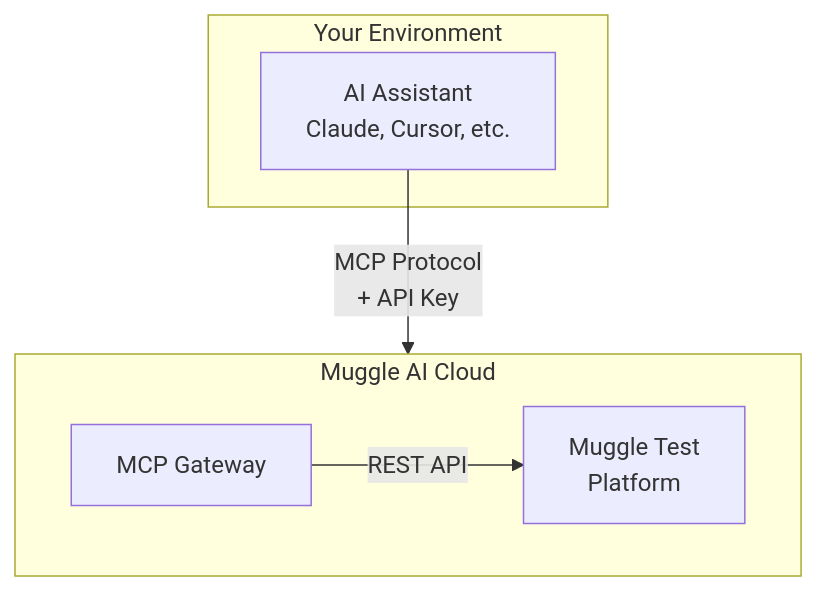
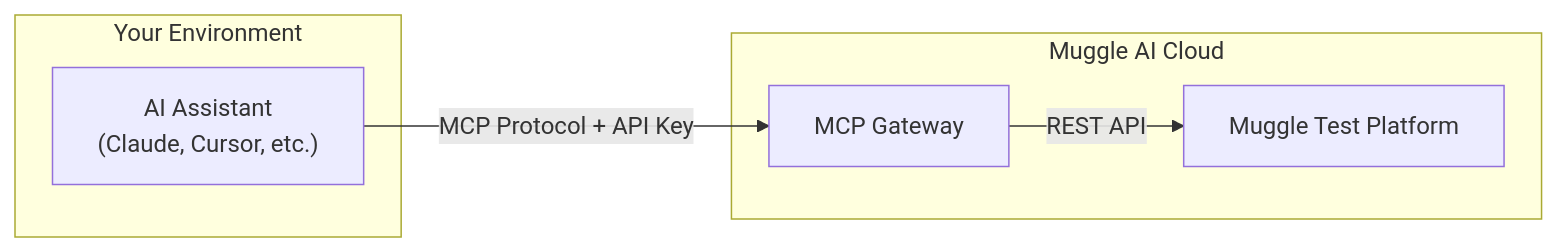
Before and after one commit to multiplex-ai/muggle-ai-docs: the diagram in mcp/overview.md, drawn with Mermaid. The commit also changed 3 other files, not shown here.

Commit message:
docs: update flowchart directions and formatting across multiple documentation files for improved clarity and consistency

````diff
--- a/mcp/overview.md
+++ b/mcp/overview.md
@@ -15,15 +15,14 @@
 ```mermaid
-flowchart TB
-    subgraph Your Environment
-        A[AI Assistant<br/>Claude, Cursor, etc.]
+flowchart LR
+    subgraph env["Your Environment"]
+        A["AI Assistant<br/>(Claude, Cursor, etc.)"]
     end
     
-    subgraph Muggle AI Cloud
-        direction LR
+    subgraph cloud["Muggle AI Cloud"]
         B[MCP Gateway]
-        C[Muggle Test<br/>Platform]
+        C[Muggle Test Platform]
     end
     
-    A -->|MCP Protocol<br/>+ API Key| B
+    A -->|"MCP Protocol + API Key"| B
     B -->|REST API| C
 ```
````
